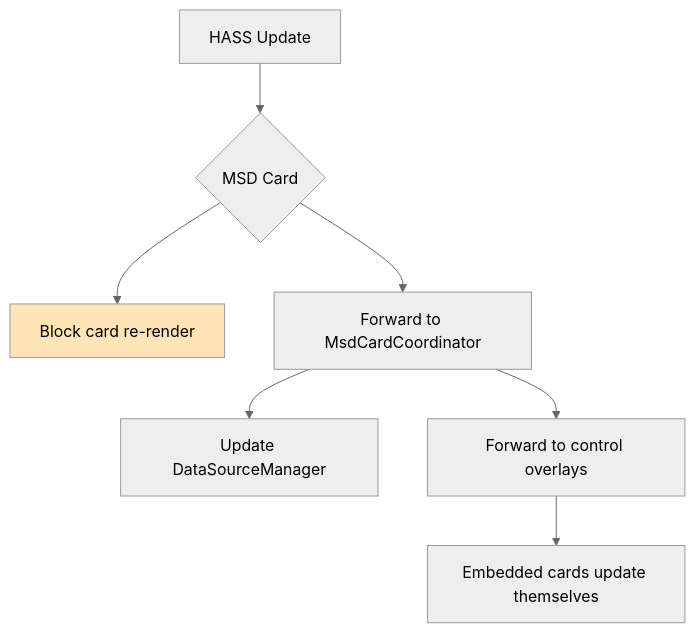
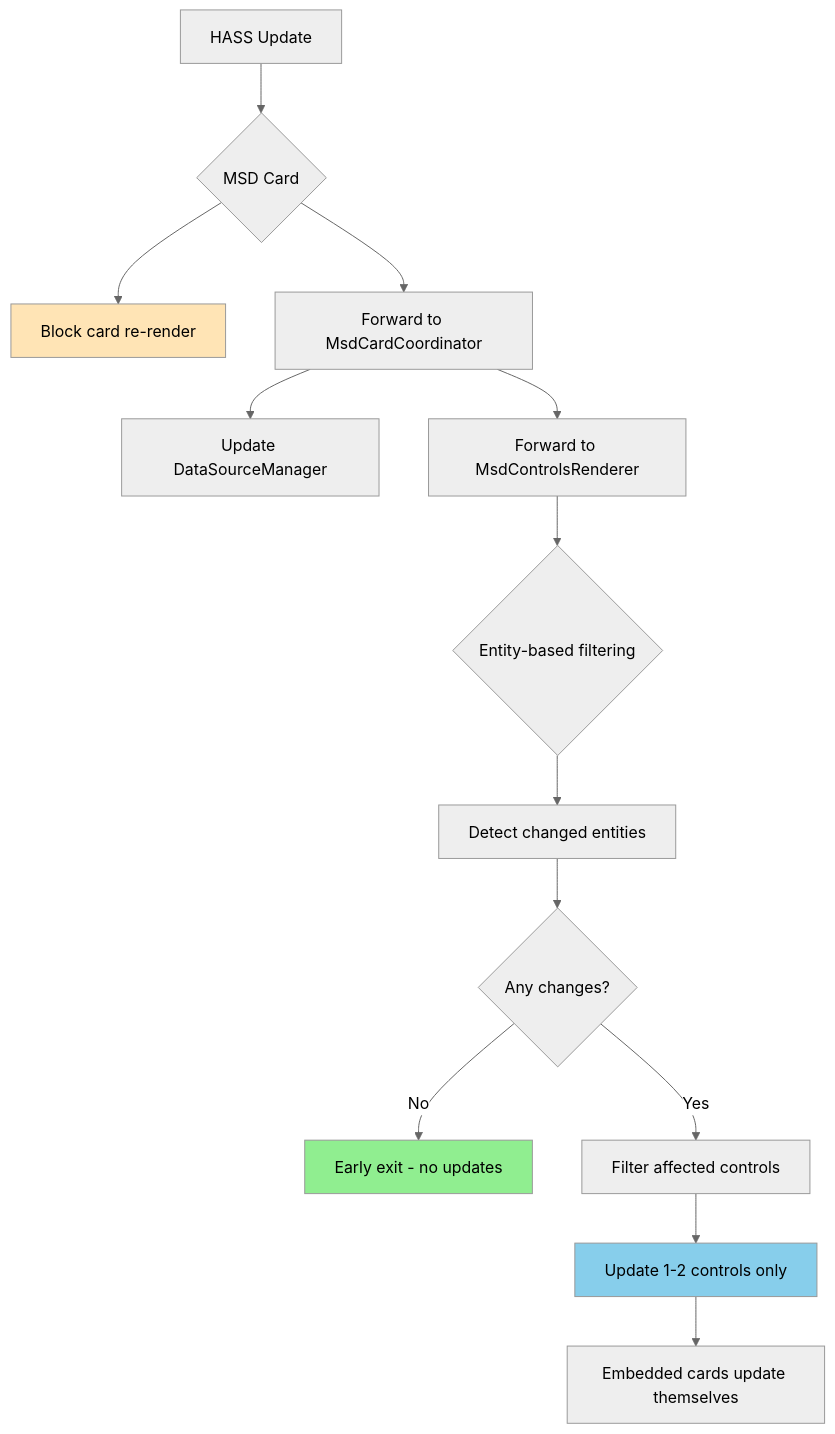
Before and after one commit to snootched/lcards: the sixth of 6 diagrams in doc/architecture/msd-card-architecture.md, drawn with Mermaid (neutral theme). The commit also changed other lines of this file and 1 other file, not shown here.

Commit message:
Update documentation for entity-based HASS optimization
- Add comprehensive HASS forwarding explanation in control-overlay-system.md
- Document shadow DOM isolation problem and why manual forwarding is required
- Add entity-based optimization strategy with performance metrics
- Update sequence diagram to show entity filtering
- Add debug access examples and usage patterns
- Update Performance & Optimization section with real-world benchmarks
- Update msd-card-architecture.md HASS handling diagram
- Document 80-95% reduction in control updates

````diff
--- a/doc/architecture/msd-card-architecture.md
+++ b/doc/architecture/msd-card-architecture.md
@@ -501,13 +501,23 @@
 ```mermaid
 graph TD
     A[HASS Update] --> B{MSD Card}
     B --> C[Block card re-render]
     B --> D[Forward to MsdCardCoordinator]
     
     D --> E[Update DataSourceManager]
-    D --> F[Forward to control overlays]
+    D --> F[Forward to MsdControlsRenderer]
     
-    F --> G[Embedded cards update themselves]
+    F --> G{Entity-based filtering}
+    G --> H[Detect changed entities]
+    H --> I{Any changes?}
+    
+    I -->|No| J[Early exit - no updates]
+    I -->|Yes| K[Filter affected controls]
+    
+    K --> L[Update 1-2 controls only]
+    L --> M[Embedded cards update themselves]
     
     style C fill:#ffe4b5
+    style J fill:#90EE90
+    style L fill:#87CEEB
 ```
````
